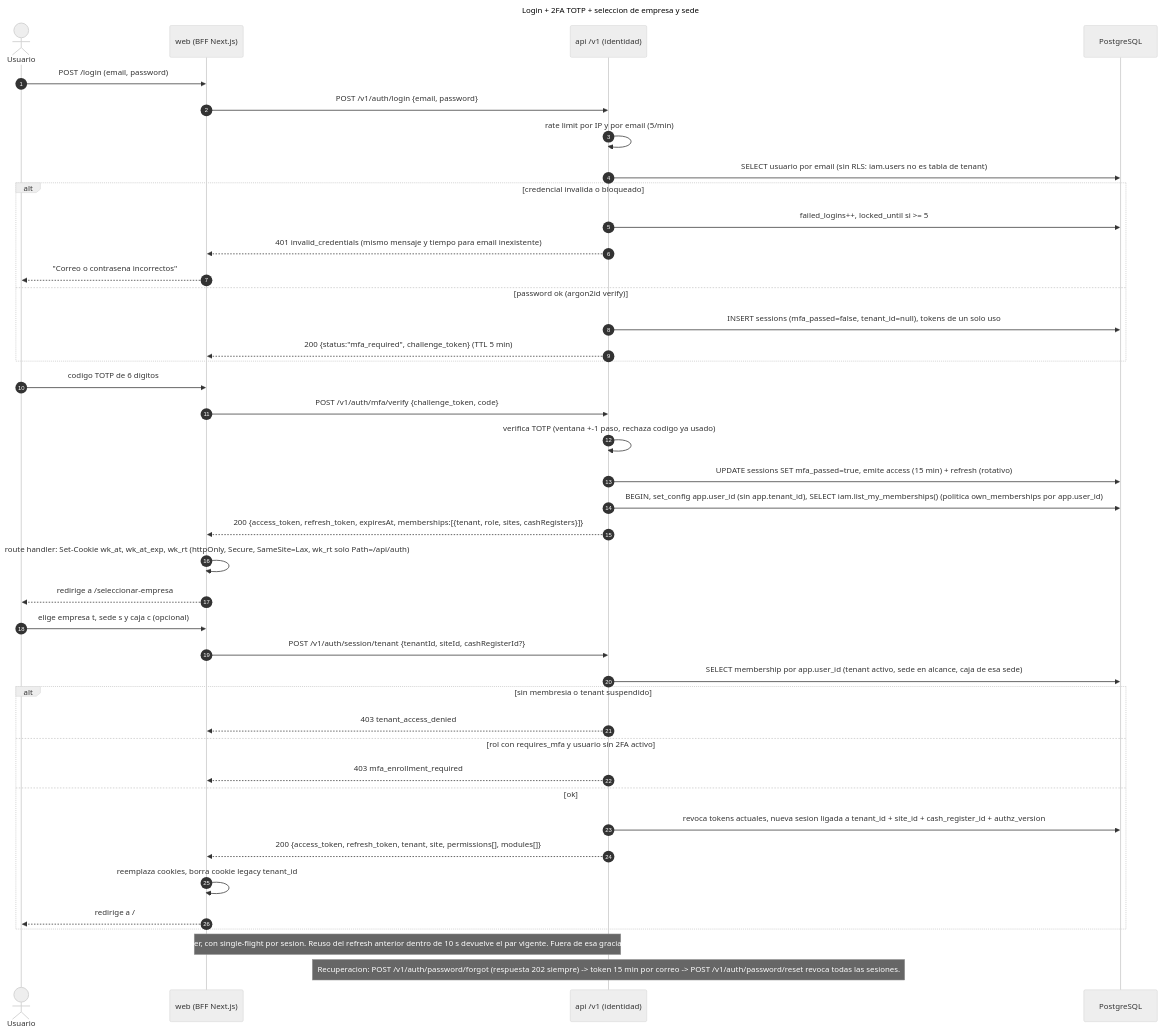
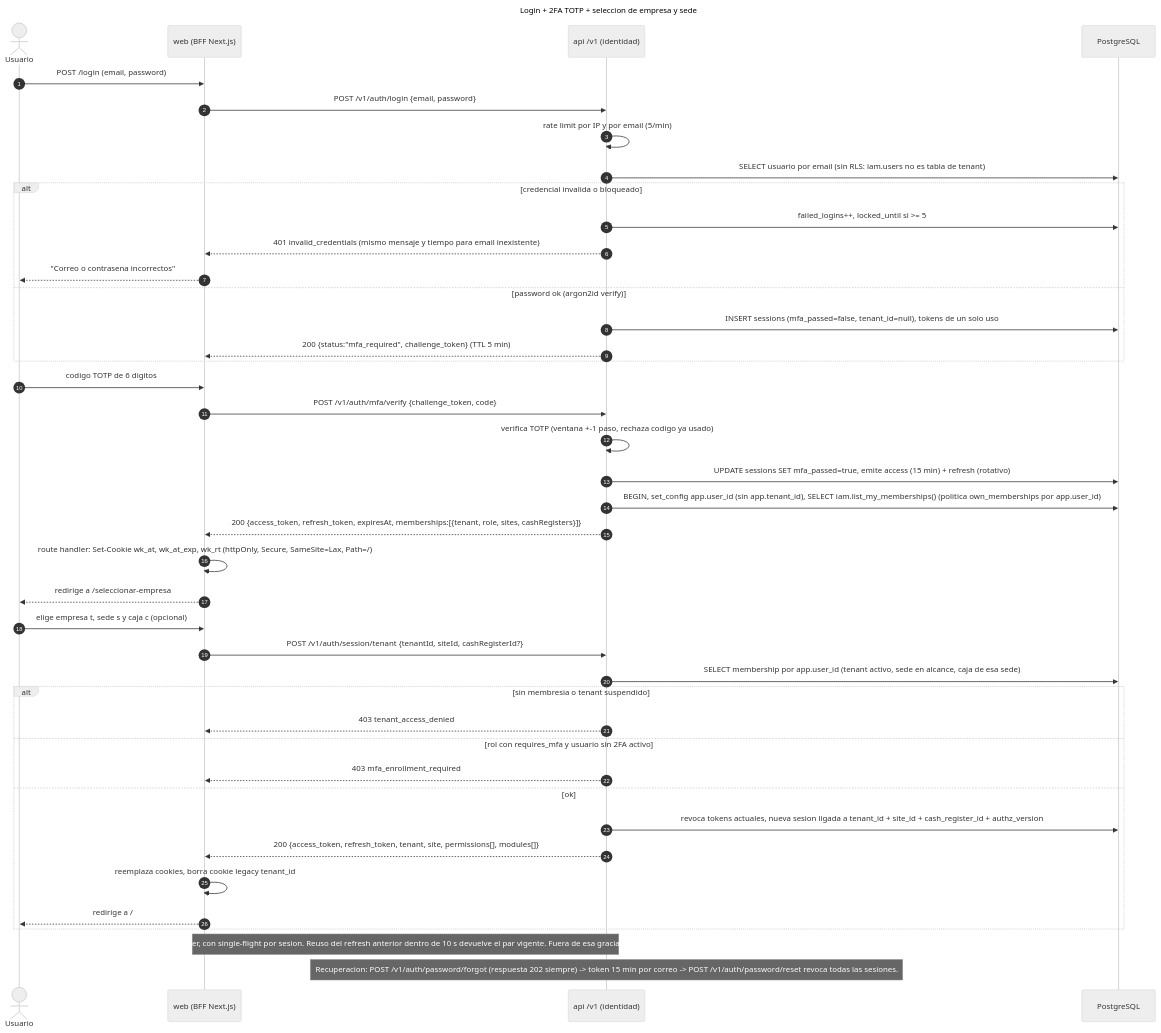
One commit to bacsystem/wanka changed the diagram in docs/architecture/sequences/01-login-2fa-tenant.mmd. Above: the diagram before and after it, drawn with Mermaid (neutral theme). The commit also changed 5 other files, not shown here.

First line of the commit message:
docs(architecture): refresh only in proxy.ts and route handlers; show khipu-design-system

```diff
--- a/docs/architecture/sequences/01-login-2fa-tenant.mmd
+++ b/docs/architecture/sequences/01-login-2fa-tenant.mmd
@@ -1,45 +1,45 @@
 ---
 title: Login + 2FA TOTP + seleccion de empresa y sede
 ---
 sequenceDiagram
   autonumber
   actor U as Usuario
   participant W as web (BFF Next.js)
   participant A as api /v1 (identidad)
   participant DB as PostgreSQL
 
   U->>W: POST /login (email, password)
   W->>A: POST /v1/auth/login {email, password}
   A->>A: rate limit por IP y por email (5/min)
   A->>DB: SELECT usuario por email (sin RLS: iam.users no es tabla de tenant)
   alt credencial invalida o bloqueado
     A->>DB: failed_logins++, locked_until si >= 5
     A-->>W: 401 invalid_credentials (mismo mensaje y tiempo para email inexistente)
     W-->>U: "Correo o contrasena incorrectos"
   else password ok (argon2id verify)
     A->>DB: INSERT sessions (mfa_passed=false, tenant_id=null), tokens de un solo uso
     A-->>W: 200 {status:"mfa_required", challenge_token} (TTL 5 min)
   end
   U->>W: codigo TOTP de 6 digitos
   W->>A: POST /v1/auth/mfa/verify {challenge_token, code}
   A->>A: verifica TOTP (ventana +-1 paso, rechaza codigo ya usado)
   A->>DB: UPDATE sessions SET mfa_passed=true, emite access (15 min) + refresh (rotativo)
   A->>DB: BEGIN, set_config app.user_id (sin app.tenant_id), SELECT iam.list_my_memberships() (politica own_memberships por app.user_id)
   A-->>W: 200 {access_token, refresh_token, expiresAt, memberships:[{tenant, role, sites, cashRegisters}]}
-  W->>W: route handler: Set-Cookie wk_at, wk_at_exp, wk_rt (httpOnly, Secure, SameSite=Lax, wk_rt solo Path=/api/auth)
+  W->>W: route handler: Set-Cookie wk_at, wk_at_exp, wk_rt (httpOnly, Secure, SameSite=Lax, Path=/)
   W-->>U: redirige a /seleccionar-empresa
   U->>W: elige empresa t, sede s y caja c (opcional)
   W->>A: POST /v1/auth/session/tenant {tenantId, siteId, cashRegisterId?}
   A->>DB: SELECT membership por app.user_id (tenant activo, sede en alcance, caja de esa sede)
   alt sin membresia o tenant suspendido
     A-->>W: 403 tenant_access_denied
   else rol con requires_mfa y usuario sin 2FA activo
     A-->>W: 403 mfa_enrollment_required
   else ok
     A->>DB: revoca tokens actuales, nueva sesion ligada a tenant_id + site_id + cash_register_id + authz_version
     A-->>W: 200 {access_token, refresh_token, tenant, site, permissions[], modules[]}
     W->>W: reemplaza cookies, borra cookie legacy tenant_id
     W-->>U: redirige a /
   end
   Note over W,A: Refresh solo en proxy.ts o en el route handler, con single-flight por sesion. Reuso del refresh anterior dentro de 10 s devuelve el par vigente. Fuera de esa gracia, el reuso revoca toda la familia (ADR 0004).
   Note over A: Recuperacion: POST /v1/auth/password/forgot (respuesta 202 siempre) -> token 15 min por correo -> POST /v1/auth/password/reset revoca todas las sesiones.
```
